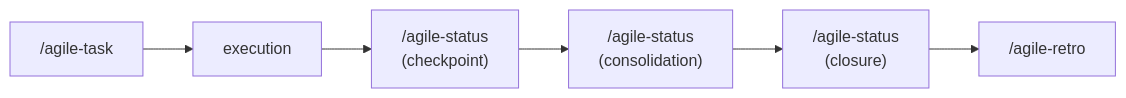
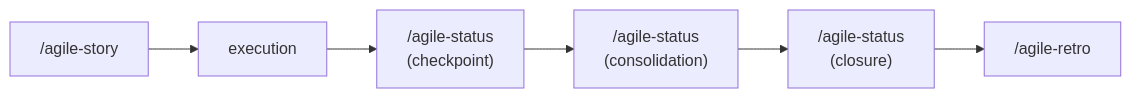
One commit to djalmajr/essential-skills changed the diagram in skills/agile-status/README.md. Above: the diagram before and after it, drawn with Mermaid. The commit also changed other lines of this file and 33 other files, not shown here.

First line of the commit message:
refactor(skills): rename agile-planning→agile-sprint, agile-task→agile-story

````diff
--- a/skills/agile-status/README.md
+++ b/skills/agile-status/README.md
@@ -63,8 +63,8 @@
 ```mermaid
 flowchart LR
-    A["/agile-task"] --> B[execution]
+    A["/agile-story"] --> B[execution]
     B --> C["/agile-status<br>(checkpoint)"]
     C --> D["/agile-status<br>(consolidation)"]
     D --> E["/agile-status<br>(closure)"]
     E --> F["/agile-retro"]
 ```
````
